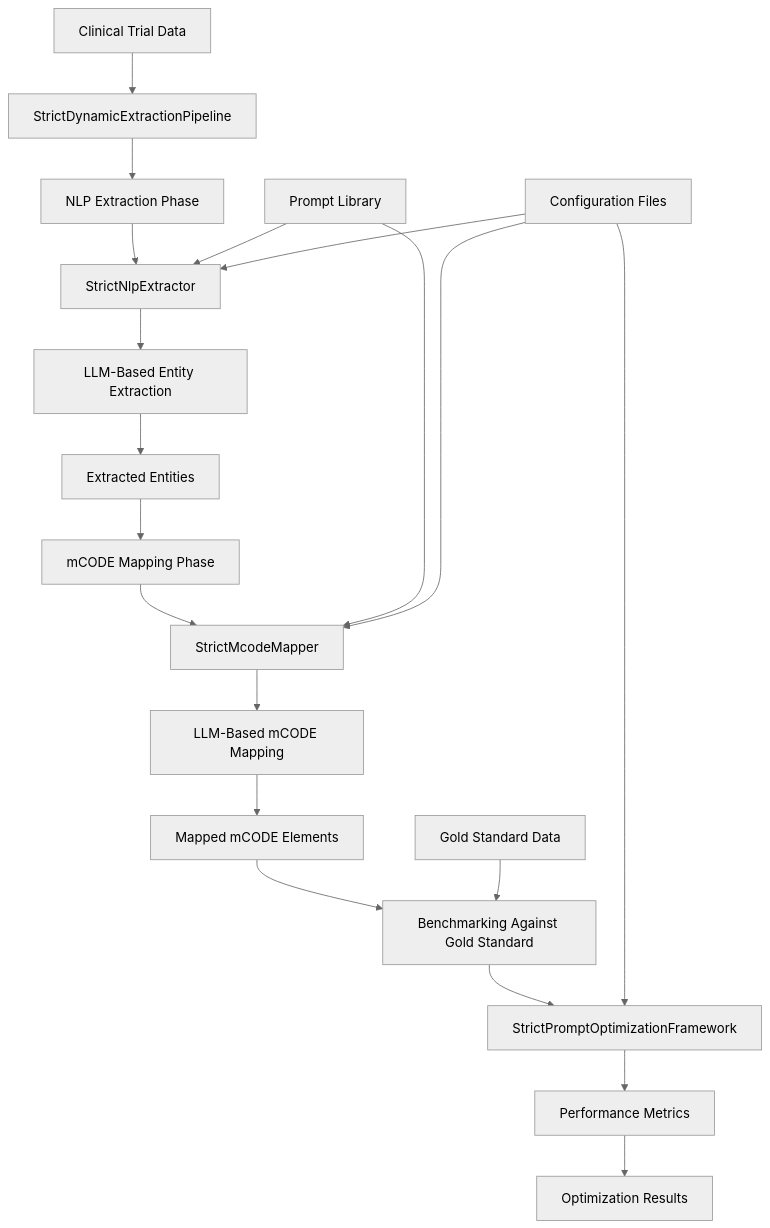
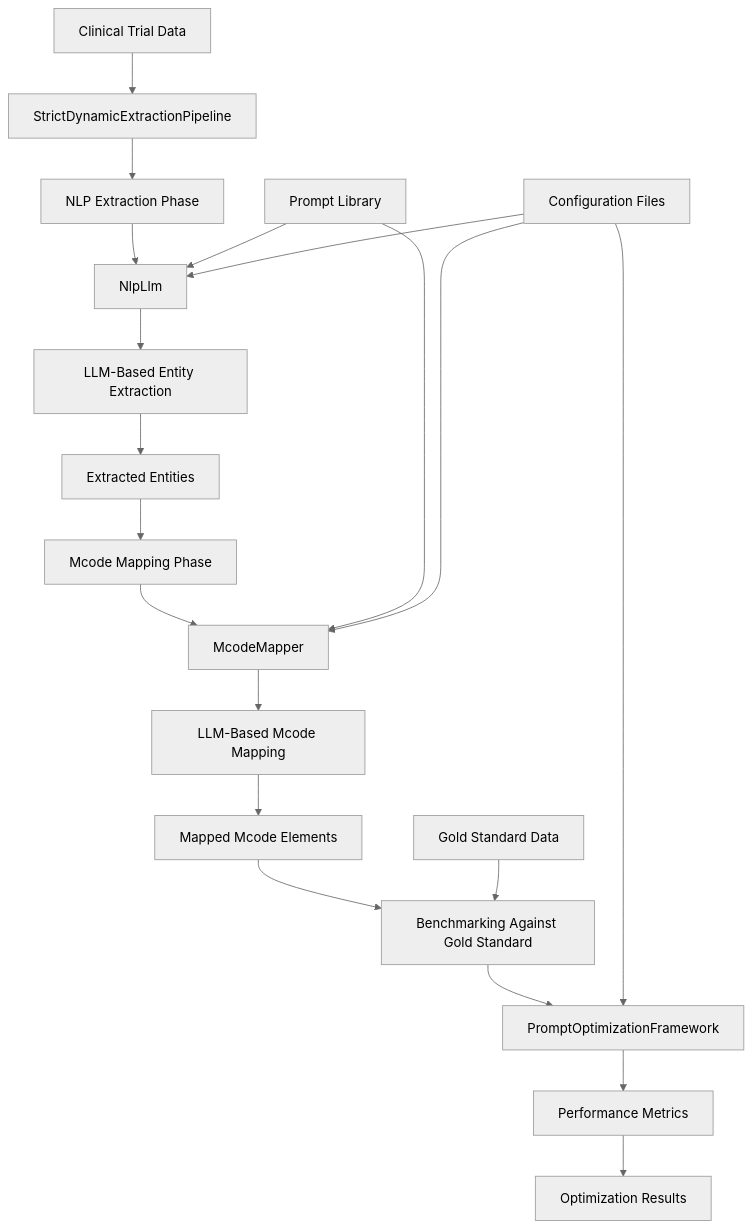
The diagram in docs/STRICT_FRAMEWORK_DOCUMENTATION.md (HadleyLab/mcode_translator), drawn with Mermaid (neutral theme) before and after one commit. The commit also changed other lines of this file and 537 other files, not shown here.

````diff
--- a/docs/STRICT_FRAMEWORK_DOCUMENTATION.md
+++ b/docs/STRICT_FRAMEWORK_DOCUMENTATION.md
@@ -17,23 +17,23 @@
 ```mermaid
 graph TD
     A[Clinical Trial Data] --> B[StrictDynamicExtractionPipeline]
     B --> C[NLP Extraction Phase]
-    C --> D[StrictNlpExtractor]
+    C --> D[NlpLlm]
     D --> E[LLM-Based Entity Extraction]
     E --> F[Extracted Entities]
-    F --> G[mCODE Mapping Phase]
-    G --> H[StrictMcodeMapper]
-    H --> I[LLM-Based mCODE Mapping]
-    I --> J[Mapped mCODE Elements]
+    F --> G[Mcode Mapping Phase]
+    G --> H[McodeMapper]
+    H --> I[LLM-Based Mcode Mapping]
+    I --> J[Mapped Mcode Elements]
     J --> K[Benchmarking Against Gold Standard]
-    K --> L[StrictPromptOptimizationFramework]
+    K --> L[PromptOptimizationFramework]
     L --> M[Performance Metrics]
     M --> N[Optimization Results]
     
     O[Prompt Library] --> D
     O --> H
     P[Configuration Files] --> D
     P --> H
     P --> L
     Q[Gold Standard Data] --> K
 ```
````
